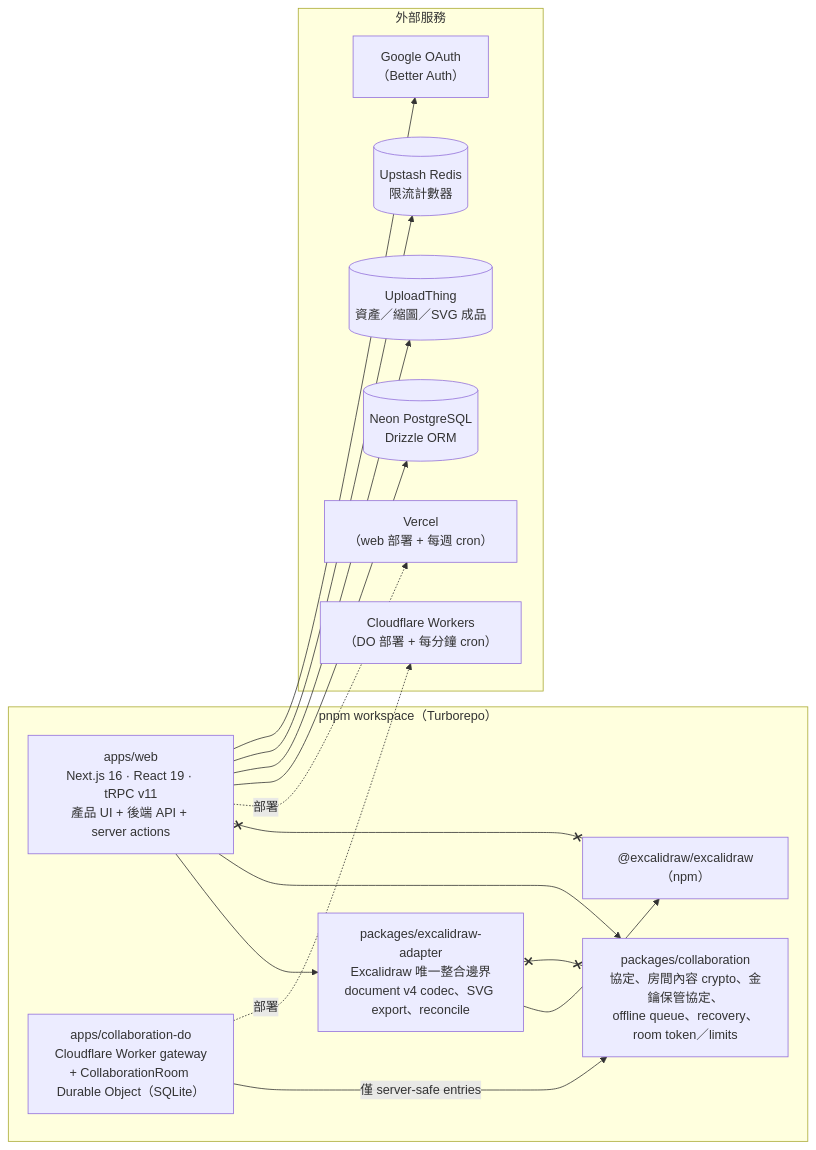
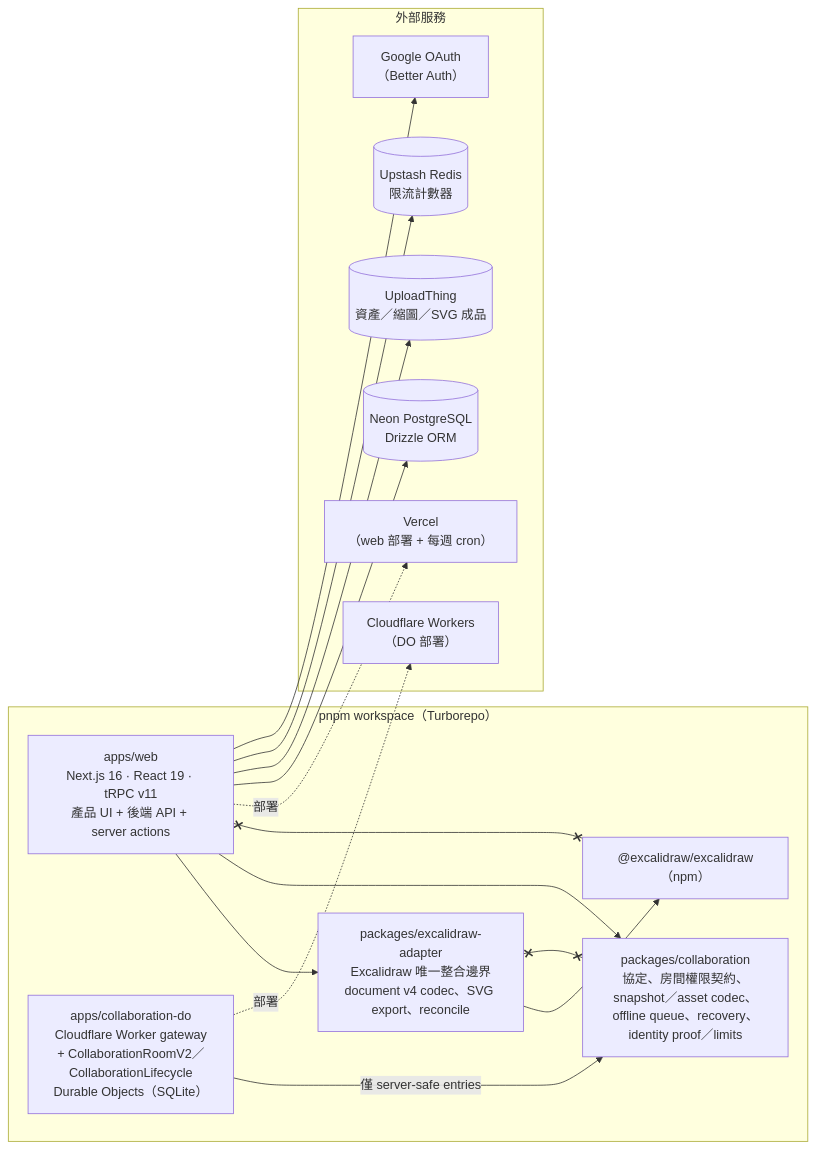
Before and after one commit to EricTsai83/drawstuff: the first of 8 diagrams in docs/architecture/pages-and-scenarios.md, drawn with Mermaid. The commit also changed other lines of this file and 48 other files, not shown here.

````diff
--- a/docs/architecture/pages-and-scenarios.md
+++ b/docs/architecture/pages-and-scenarios.md
@@ -15,33 +15,33 @@
 ```mermaid
 flowchart LR
     subgraph Repo["pnpm workspace（Turborepo）"]
         WEB["apps/web<br/>Next.js 16 · React 19 · tRPC v11<br/>產品 UI + 後端 API + server actions"]
-        DO["apps/collaboration-do<br/>Cloudflare Worker gateway<br/>+ CollaborationRoom Durable Object（SQLite）"]
+        DO["apps/collaboration-do<br/>Cloudflare Worker gateway<br/>+ CollaborationRoomV2／CollaborationLifecycle<br/>Durable Objects（SQLite）"]
         ADP["packages/excalidraw-adapter<br/>Excalidraw 唯一整合邊界<br/>document v4 codec、SVG export、reconcile"]
-        COL["packages/collaboration<br/>協定、房間內容 crypto、金鑰保管協定、<br/>offline queue、recovery、room token／limits"]
+        COL["packages/collaboration<br/>協定、房間權限契約、snapshot／asset codec、<br/>offline queue、recovery、identity proof／limits"]
         UP["@excalidraw/excalidraw（npm）"]
     end
 
     subgraph Infra["外部服務"]
         VER["Vercel<br/>（web 部署 + 每週 cron）"]
-        CF["Cloudflare Workers<br/>（DO 部署 + 每分鐘 cron）"]
+        CF["Cloudflare Workers<br/>（DO 部署）"]
         PG[("Neon PostgreSQL<br/>Drizzle ORM")]
         UT[("UploadThing<br/>資產／縮圖／SVG 成品")]
         RD[("Upstash Redis<br/>限流計數器")]
         GA["Google OAuth<br/>（Better Auth）"]
     end
 
     WEB --> ADP
     WEB --> COL
     DO -->|"僅 server-safe entries"| COL
     ADP --> UP
     ADP x--x COL
     WEB x--x UP
 
     WEB -.部署.-> VER
     DO -.部署.-> CF
     WEB --> PG
     WEB --> UT
     WEB --> RD
     WEB --> GA
 ```
````
